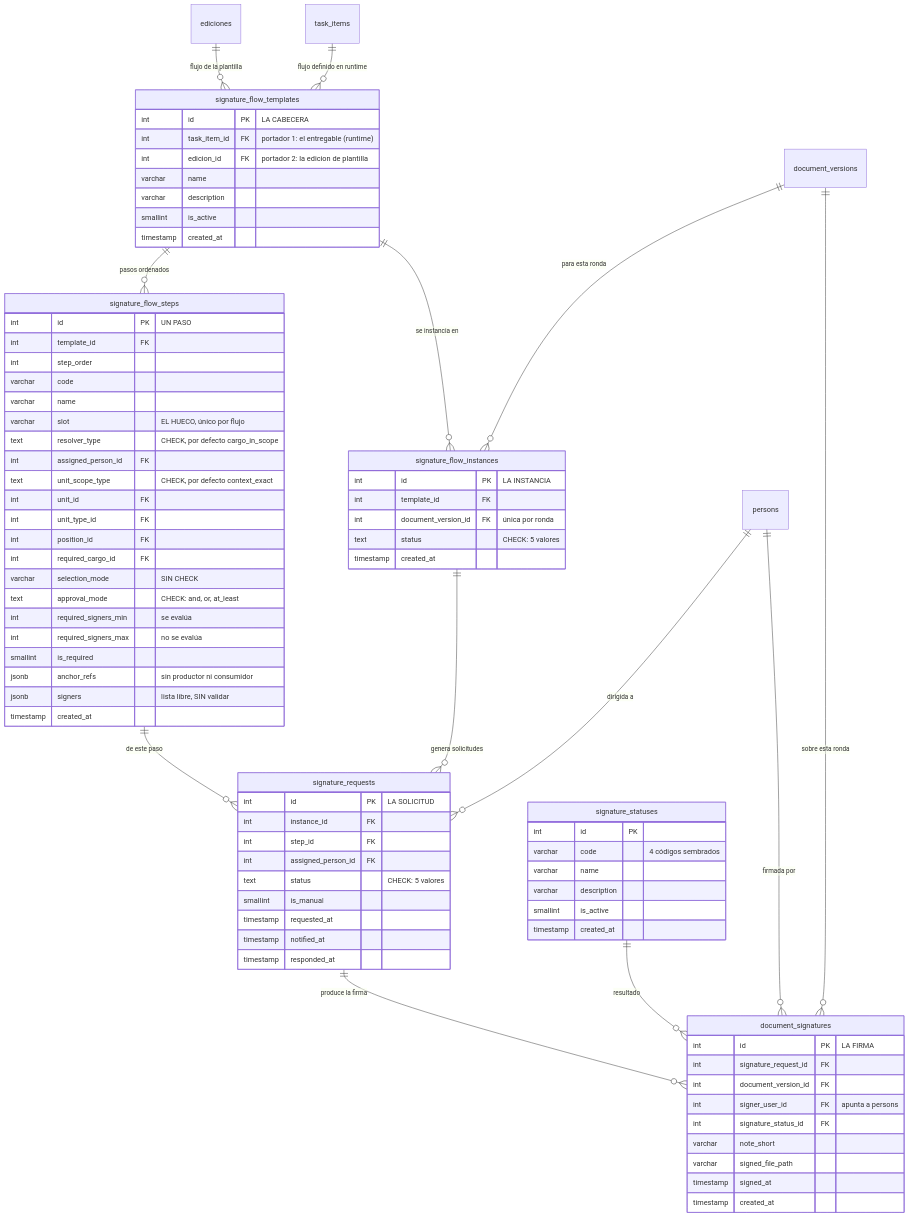
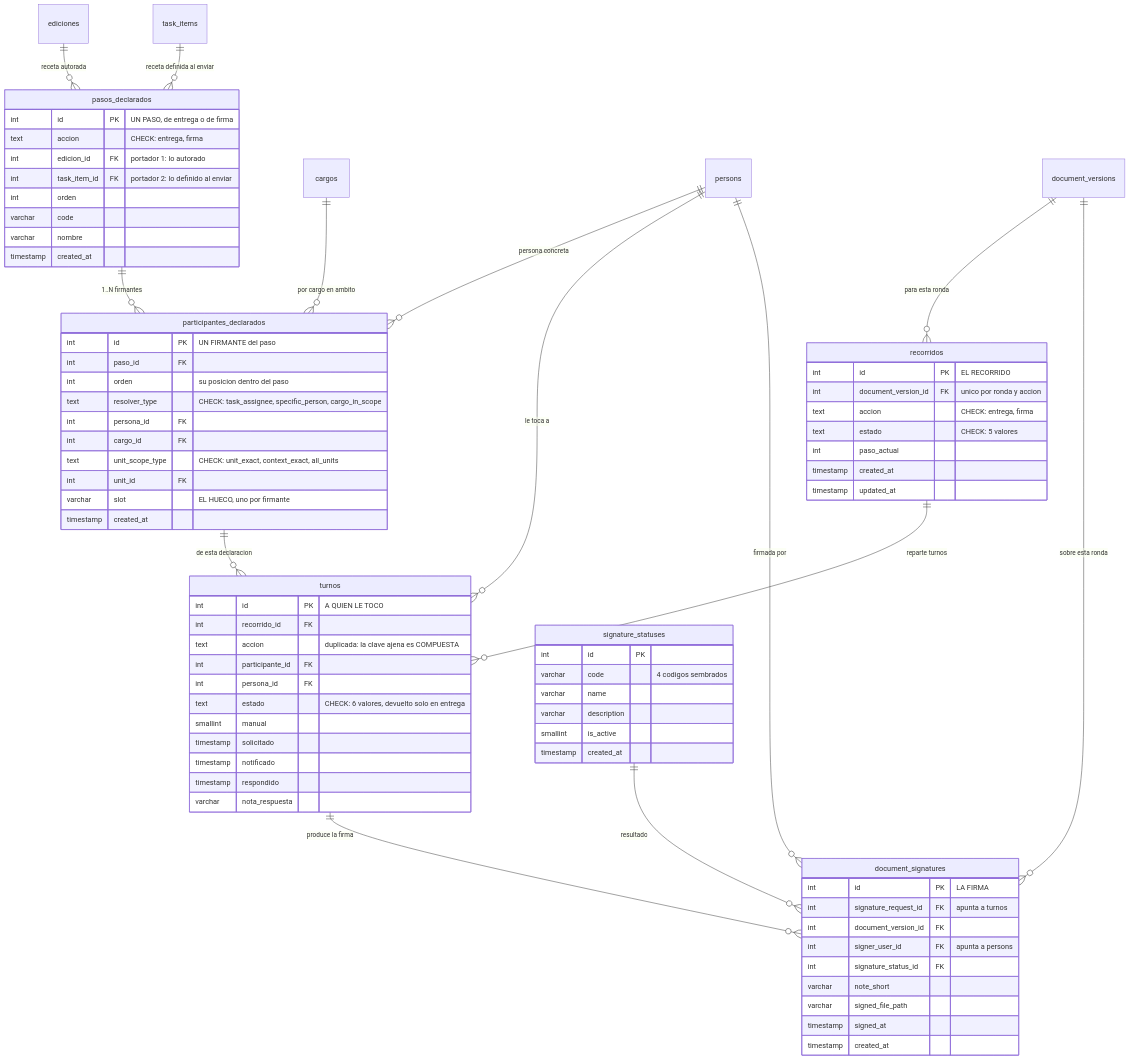
One commit to fresvel/deasy changed the diagram in docs/src/content/docs/modelo/flujo-de-firma.md. Above: the diagram before and after it, drawn with Mermaid. The commit also changed other lines of this file and 50 other files, not shown here.

````diff
--- a/docs/src/content/docs/modelo/flujo-de-firma.md
+++ b/docs/src/content/docs/modelo/flujo-de-firma.md
@@ -125,71 +183,66 @@
 ```mermaid
 erDiagram
-  ediciones ||--o{ signature_flow_templates : "flujo de la plantilla"
-  task_items ||--o{ signature_flow_templates : "flujo definido en runtime"
-  signature_flow_templates ||--o{ signature_flow_steps : "pasos ordenados"
-  signature_flow_templates ||--o{ signature_flow_instances : "se instancia en"
-  document_versions ||--o{ signature_flow_instances : "para esta ronda"
-  signature_flow_instances ||--o{ signature_requests : "genera solicitudes"
-  signature_flow_steps ||--o{ signature_requests : "de este paso"
-  persons ||--o{ signature_requests : "dirigida a"
-  signature_requests ||--o{ document_signatures : "produce la firma"
+  ediciones ||--o{ pasos_declarados : "receta autorada"
+  task_items ||--o{ pasos_declarados : "receta definida al enviar"
+  pasos_declarados ||--o{ participantes_declarados : "1..N firmantes"
+  cargos ||--o{ participantes_declarados : "por cargo en ambito"
+  persons ||--o{ participantes_declarados : "persona concreta"
+  document_versions ||--o{ recorridos : "para esta ronda"
+  recorridos ||--o{ turnos : "reparte turnos"
+  participantes_declarados ||--o{ turnos : "de esta declaracion"
+  persons ||--o{ turnos : "le toca a"
+  turnos ||--o{ document_signatures : "produce la firma"
   document_versions ||--o{ document_signatures : "sobre esta ronda"
   persons ||--o{ document_signatures : "firmada por"
   signature_statuses ||--o{ document_signatures : "resultado"
 
-  signature_flow_templates {
-    int id PK "LA CABECERA"
-    int task_item_id FK "portador 1: el entregable (runtime)"
-    int edicion_id FK "portador 2: la edicion de plantilla"
-    varchar name
-    varchar description
-    smallint is_active
+  pasos_declarados {
+    int id PK "UN PASO, de entrega o de firma"
+    text accion "CHECK: entrega, firma"
+    int edicion_id FK "portador 1: lo autorado"
+    int task_item_id FK "portador 2: lo definido al enviar"
+    int orden
+    varchar code
+    varchar nombre
     timestamp created_at
   }
-  signature_flow_steps {
-    int id PK "UN PASO"
-    int template_id FK
-    int step_order
-    varchar code
-    varchar name
-    varchar slot "EL HUECO, único por flujo"
-    text resolver_type "CHECK, por defecto cargo_in_scope"
-    int assigned_person_id FK
-    text unit_scope_type "CHECK, por defecto context_exact"
+  participantes_declarados {
+    int id PK "UN FIRMANTE del paso"
+    int paso_id FK
+    int orden "su posicion dentro del paso"
+    text resolver_type "CHECK: task_assignee, specific_person, cargo_in_scope"
+    int persona_id FK
+    int cargo_id FK
+    text unit_scope_type "CHECK: unit_exact, context_exact, all_units"
     int unit_id FK
-    int unit_type_id FK
-    int position_id FK
-    int required_cargo_id FK
-    varchar selection_mode "SIN CHECK"
-    text approval_mode "CHECK: and, or, at_least"
-    int required_signers_min "se evalúa"
-    int required_signers_max "no se evalúa"
-    smallint is_required
-    jsonb anchor_refs "sin productor ni consumidor"
-    jsonb signers "lista libre, SIN validar"
+    varchar slot "EL HUECO, uno por firmante"
     timestamp created_at
   }
-  signature_flow_instances {
-    int id PK "LA INSTANCIA"
-    int template_id FK
-    int document_version_id FK "única por ronda"
-    text status "CHECK: 5 valores"
+  recorridos {
+    int id PK "EL RECORRIDO"
+    int document_version_id FK "unico por ronda y accion"
+    text accion "CHECK: entrega, firma"
+    text estado "CHECK: 5 valores"
+    int paso_actual
     timestamp created_at
+    timestamp updated_at
   }
-  signature_requests {
-    int id PK "LA SOLICITUD"
-    int instance_id FK
-    int step_id FK
-    int assigned_person_id FK
-    text status "CHECK: 5 valores"
-    smallint is_manual
-    timestamp requested_at
-    timestamp notified_at
-    timestamp responded_at
+  turnos {
+    int id PK "A QUIEN LE TOCO"
+    int recorrido_id FK
+    text accion "duplicada: la clave ajena es COMPUESTA"
+    int participante_id FK
+    int persona_id FK
+    text estado "CHECK: 6 valores, devuelto solo en entrega"
+    smallint manual
+    timestamp solicitado
+    timestamp notificado
+    timestamp respondido
+    varchar nota_respuesta
   }
   document_signatures {
     int id PK "LA FIRMA"
-    int signature_request_id FK
+    int signature_request_id FK "apunta a turnos"
     int document_version_id FK
     int signer_user_id FK "apunta a persons"
     int signature_status_id FK
@@ -200,7 +253,7 @@
   }
   signature_statuses {
     int id PK
-    varchar code "4 códigos sembrados"
+    varchar code "4 codigos sembrados"
     varchar name
     varchar description
     smallint is_active
````
